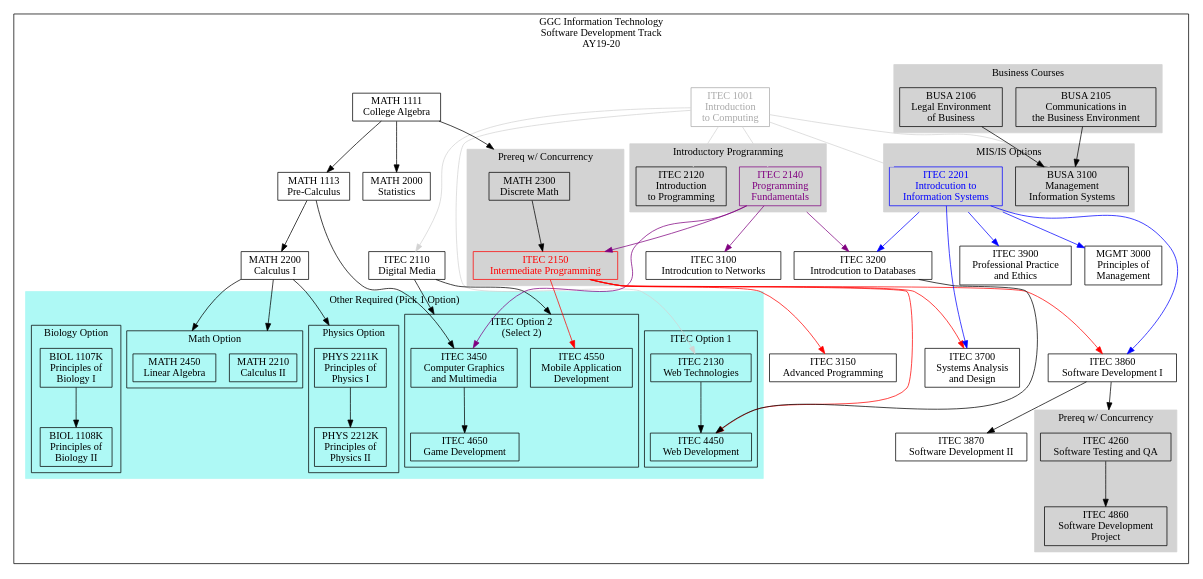
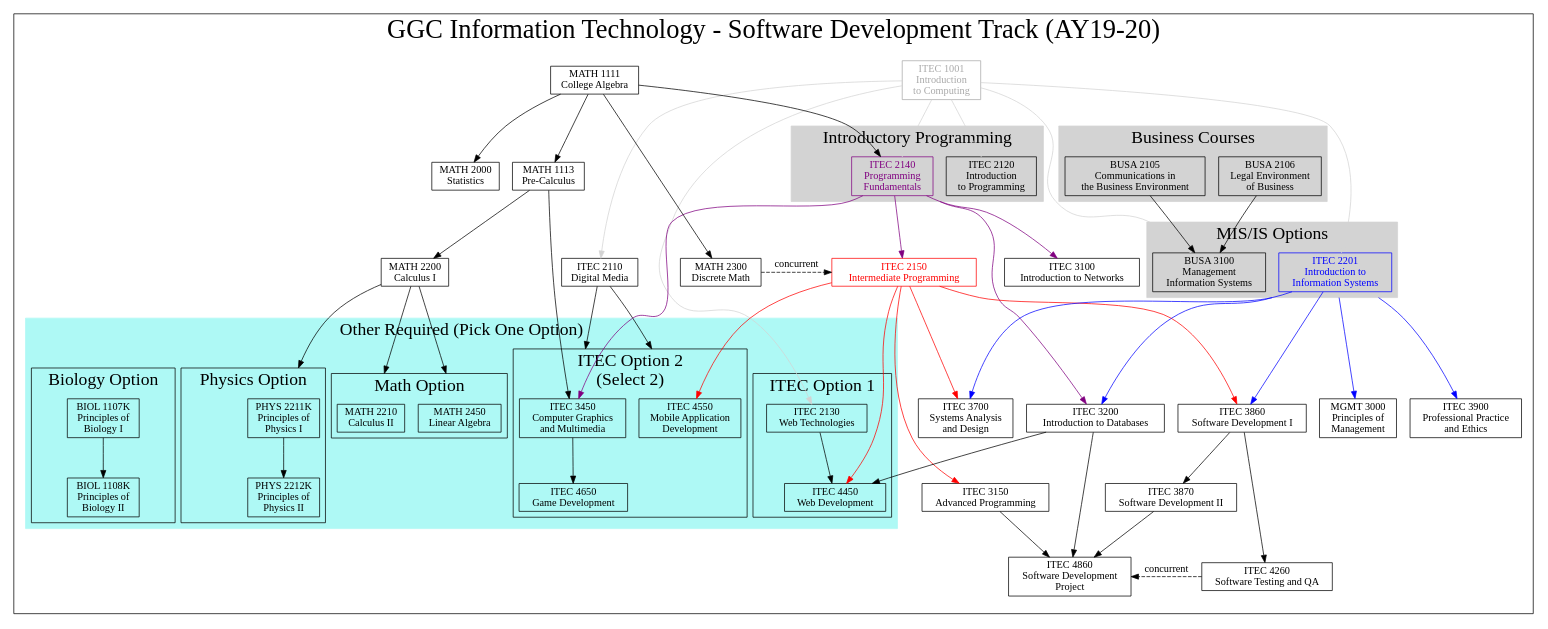
One commit to rjlutz/itec-plans changed the diagram in AY19-20/SoftwareDevelopment.dot. Above: the diagram before and after it, drawn with Graphviz. The commit also changed 1 other file, not shown here.

Commit message:
Minor fixes to prereq errors and styling improvements
Fixed prereq errors with 4860, and some others.
Changed co-req boxes to sideways arrow.
Changed font sizes for visibility.
Changed node shapes to box from obsolete record type.

```diff
--- a/AY19-20/SoftwareDevelopment.dot
+++ b/AY19-20/SoftwareDevelopment.dot
@@ -1,180 +1,188 @@
 digraph G {
 
     node [shape = record, fontname="Sans serif" fontsize="14"];
     compound = true //  needed to link clusters and nodes
     splines = true
     ranksep=0.75
 
      // All
-    itec1001[label = "ITEC 1001\nIntroduction \nto Computing" color=darkgray fontcolor=darkgray]
-    itec2110[label = "ITEC 2110\nDigital Media"]
-    itec2120[label = "ITEC 2120\nIntroduction\nto Programming"]
-    itec2130[label = "ITEC 2130\nWeb Technologies"]
-    itec2140[label = "ITEC 2140\nProgramming \nFundamentals" color=purple fontcolor=purple]
-    itec2150[label = "ITEC 2150\nIntermediate Programming" color=red fontcolor=red]
-    itec2201[label = "ITEC 2201\nIntrodcution to\nInformation Systems" color=blue fontcolor=blue]
-    itec3100[label = "ITEC 3100\nIntrodcution to Networks"]
-    itec3200[label = "ITEC 3200\nIntrodcution to Databases"]
-    itec3900[label = "ITEC 3900\nProfessional Practice\nand Ethics"]
-    busa2105[label = "BUSA 2105\nCommunications in\nthe Business Environment"]
-    busa2106[label = "BUSA 2106\nLegal Environment\nof Business"]
-    busa3100[label = "BUSA 3100\nManagement \nInformation Systems"]
-    math1111[label = "MATH 1111\nCollege Algebra"]
-    math1113[label = "MATH 1113\nPre-Calculus"]
-    math2300[label = "MATH 2300\nDiscrete Math"]
-    math2000[label = "MATH 2000\nStatistics"]
-    math2200[label = "MATH 2200\nCalculus I"]
-    mgmt3000[label = "MGMT 3000\nPrinciples of\nManagement"]
+    itec1001[label = "ITEC 1001\nIntroduction \nto Computing" color=darkgray fontcolor=darkgray shape=box]
+    itec2110[label = "ITEC 2110\nDigital Media" shape=box]
+    itec2120[label = "ITEC 2120\nIntroduction\nto Programming" shape=box]
+    itec2130[label = "ITEC 2130\nWeb Technologies" shape=box]
+    itec2140[label = "ITEC 2140\nProgramming \nFundamentals" color=purple fontcolor=purple shape=box]
+    itec2150[label = "ITEC 2150\nIntermediate Programming" color=red fontcolor=red shape=box]
+    itec2201[label = "ITEC 2201\nIntroduction to\nInformation Systems" color=blue fontcolor=blue shape=box]
+    itec3100[label = "ITEC 3100\nIntroduction to Networks" shape=box]
+    itec3200[label = "ITEC 3200\nIntroduction to Databases" shape=box]
+    itec3900[label = "ITEC 3900\nProfessional Practice\nand Ethics" shape=box]
+    busa2105[label = "BUSA 2105\nCommunications in\nthe Business Environment" shape=box]
+    busa2106[label = "BUSA 2106\nLegal Environment\nof Business" shape=box]
+    busa3100[label = "BUSA 3100\nManagement \nInformation Systems" shape=box]
+    math1111[label = "MATH 1111\nCollege Algebra" shape=box]
+    math1113[label = "MATH 1113\nPre-Calculus" shape=box]
+    math2300[label = "MATH 2300\nDiscrete Math" shape=box]
+    math2000[label = "MATH 2000\nStatistics" shape=box]
+    math2200[label = "MATH 2200\nCalculus I" shape=box]
+    mgmt3000[label = "MGMT 3000\nPrinciples of\nManagement" shape=box]
 
     // Software Development 
-    itec3150[label = "ITEC 3150\nAdvanced Programming"]
-    itec3450[label = "ITEC 3450\nComputer Graphics\nand Multimedia"]
-    itec3700[label = "ITEC 3700\nSystems Analysis\nand Design"]
-    itec3860[label = "ITEC 3860\nSoftware Development I"]
-    itec3870[label = "ITEC 3870\nSoftware Development II"]
-    itec4260[label = "ITEC 4260\nSoftware Testing and QA"]
-    itec4860[label = "ITEC 4860\nSoftware Development\nProject"]
-    itec4450[label = "ITEC 4450\nWeb Development"]
-    itec4550[label = "ITEC 4550\nMobile Application\nDevelopment"]
-    itec4650[label = "ITEC 4650\nGame Development"]
-    math2210[label = "MATH 2210\nCalculus II"]
-    math2450[label = "MATH 2450\nLinear Algebra"]
-    phys2211k[label = "PHYS 2211K\nPrinciples of\nPhysics I"]
-    phys2212k[label = "PHYS 2212K\nPrinciples of\nPhysics II"]
-    biol1107k[label = "BIOL 1107K\nPrinciples of\nBiology I"]
-    biol1108k[label = "BIOL 1108K\nPrinciples of\nBiology II"]
+    itec3150[label = "ITEC 3150\nAdvanced Programming" shape=box]
+    itec3450[label = "ITEC 3450\nComputer Graphics\nand Multimedia" shape=box]
+    itec3700[label = "ITEC 3700\nSystems Analysis\nand Design" shape=box]
+    itec3860[label = "ITEC 3860\nSoftware Development I" shape=box]
+    itec3870[label = "ITEC 3870\nSoftware Development II" shape=box]
+    itec4260[label = "ITEC 4260\nSoftware Testing and QA" shape=box]
+    itec4860[label = "ITEC 4860\nSoftware Development\nProject" shape=box]
+    itec4450[label = "ITEC 4450\nWeb Development" shape=box]
+    itec4550[label = "ITEC 4550\nMobile Application\nDevelopment" shape=box]
+    itec4650[label = "ITEC 4650\nGame Development" shape=box]
+    math2210[label = "MATH 2210\nCalculus II" shape=box]
+    math2450[label = "MATH 2450\nLinear Algebra" shape=box]
+    phys2211k[label = "PHYS 2211K\nPrinciples of\nPhysics I" shape=box]
+    phys2212k[label = "PHYS 2212K\nPrinciples of\nPhysics II" shape=box]
+    biol1107k[label = "BIOL 1107K\nPrinciples of\nBiology I" shape=box]
+    biol1108k[label = "BIOL 1108K\nPrinciples of\nBiology II" shape=box]
 
 
     subgraph clustersd {
-        label="GGC Information Technology\nSoftware Development Track\nAY19-20"
+            label="GGC Information Technology - Software Development Track (AY19-20)"
+            fontsize="36"
 
         subgraph clusterrequired {
             label=""
             node [style=filled];
             style=filled;
+            fontsize="24"
 
             color="#FFFFFF";
             
             itec1001 -> itec2110 [color=lightgray]
             itec1001 -> itec2120 [color=lightgray]
             itec1001 -> itec2130 [color=lightgray]
             itec1001 -> itec2201 [color=lightgray]
             itec1001 -> busa3100 [color=lightgray]
 
             busa2106 -> busa3100
             busa2105 -> busa3100
             itec1001 -> itec2140 [color=lightgray]
             itec2140 -> itec2150 [color=purple]
-            itec2150 -> itec3150 [lltail=clusterdiscrete color=red]
+            itec2150 -> itec3150 [/*lltail=clusterdiscrete*/ color=red]
 
             itec2140 -> itec3100 [color=purple]
             itec2201 -> itec3200 [color=blue ltail=cluster22013100];
             itec2140 -> itec3200 [ltail=cluster21202140 color=purple]
 
-            itec2150 -> itec3700 [lltail=clusterdiscrete color=red]
+            itec2150 -> itec3700 [/*lltail=clusterdiscrete*/ color=red]
             itec2201 -> itec3700 [color=blue]
 
             itec2150 -> itec3860 [color=red]
             itec2201 -> itec3860 [color=blue]
             itec3860 -> itec3870
             itec2201 -> itec3900 [ltail=cluster22013100 color=blue]
-            itec3860 -> itec4260 [lhead=clusterQA]
+            itec3860 -> itec4260 //[lhead=clusterQA]
             itec2201 -> mgmt3000 [ltail=cluster22013100 color=blue]
+
+            itec3200 -> itec4860
+            itec3150 -> itec4860
+            itec3870 -> itec4860
 
             math1113 -> math2200
             math1111 -> math1113
             math1111 -> math2000
-            math1111 -> math2300 [lhead=clusterdiscrete]
+            math1111 -> math2300 //[lhead=clusterdiscrete]
+            math1111 -> itec2140
             math2200 -> math2210 [lhead=clustermathopt]
             math2200 -> math2450 [lhead=clustermathopt]
             itec3200 -> itec4450
 
             math1113 -> itec3450
             itec2110 -> itec3450 [lhead=clusteritecopt2]
             itec2140 -> itec3450 [color=purple]
             itec2110 -> itec4550 [lhead=clusteritecopt2]
             math2200 -> phys2211k [lhead=clusterphysopt]
             itec2150 -> itec4550 [color=red]
 
             subgraph cluster21202140 {
                 label = "Introductory Programming";
                 color=lightgrey;
                 itec2120
                 itec2140
             }
             subgraph cluster22013100 {
                 label = "MIS/IS Options";
                 color=lightgrey;
                 itec2201
                 busa3100
             }
             subgraph cluster21052106 {
                 label = "Business Courses"
                 color=lightgrey;
                 busa2105
                 busa2106
             }
             
             subgraph clusterdiscrete {
-                label = "Prereq w/ Concurrency";
+                /*label = "Prereq w/ Concurrency";
                 node [style=filled];
                 style=filled;
-                color=lightgrey;
-                math2300 -> itec2150
+                color=lightgrey;*/
+                math2300 -> itec2150 [constraint=false, label="concurrent", style=dashed];
             }
 
             subgraph clusterQA {
-                label = "Prereq w/ Concurrency";
+                /*label = "Prereq w/ Concurrency";
                 node [style=filled];
                 style=filled;
-                color=lightgrey;
-                itec4260 -> itec4860
+                color=lightgrey;*/
+                itec4260 -> itec4860 [constraint=false, label="concurrent", style=dashed];
+
             }
 
             subgraph clusterotherrequired {
-                label = "Other Required (Pick 1 Option)"
+                label = "Other Required (Pick One Option)"
                 node [style=filled];
                 style=filled;
                 color="#AEF9F5"
 
                 subgraph clusteritecopt1 {
                     label = "ITEC Option 1";
                     graph[style=solid]
                     color=black
                     itec2130 -> itec4450
                     itec2150 -> itec4450 [color=red]
                 }
 
                 subgraph clusteritecopt2 {
                     label = "ITEC Option 2\n(Select 2)"
                     graph[style=solid]
                     color=black
                     itec3450 -> itec4650
                     itec4550
                 }
 
                 subgraph clusterbiolopt {
                     label = "Biology Option";
                     graph[style=solid]
                     color=black
                     biol1107k -> biol1108k
                 }
 
                 subgraph clustermathopt {
                     label = "Math Option";
                     graph[style=solid]
                     color=black
                     math2210
                     math2450
                 }
 
                 subgraph clusterphysopt {
                     label = "Physics Option"
                     graph[style=solid]
                     color=black
                     phys2211k -> phys2212k
                 }
             }
         }    
     }
 }
```
